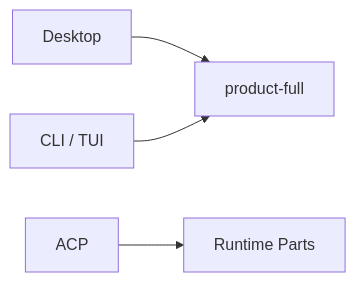
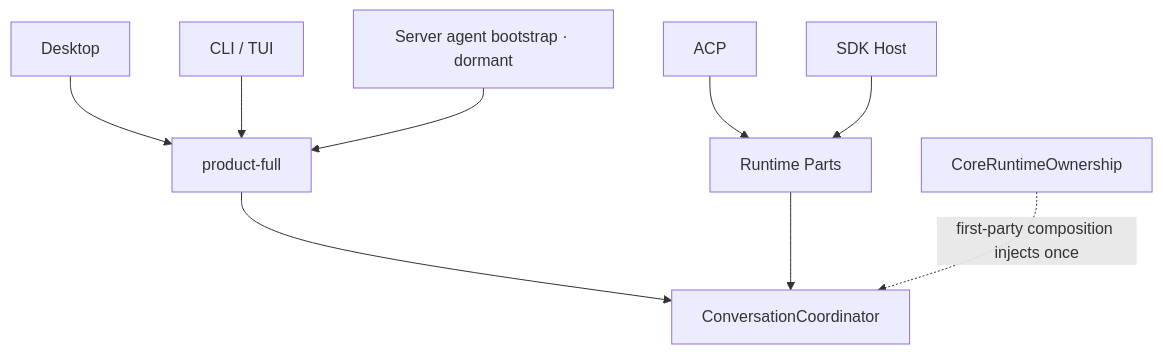
One commit to 1688mengdie/BitFun changed the sixth of 8 diagrams in docs/architecture/product-architecture.md. Above: the diagram before and after it, drawn with Mermaid. The commit also changed other lines of this file and 65 other files, not shown here.

Commit message:
refactor(runtime): unify local entrypoint ownership

````diff
--- a/docs/architecture/product-architecture.md
+++ b/docs/architecture/product-architecture.md
@@ -377,6 +377,12 @@
 ```mermaid
-flowchart LR
+flowchart TB
   Desktop["Desktop"] --> Full["product-full"]
   CLI["CLI / TUI"] --> Full
   ACP["ACP"] --> Parts["Runtime Parts"]
+  SDKHost["SDK Host"] --> Parts
+  ServerBootstrap["Server agent bootstrap · dormant"] --> Full
+
+  Full --> Coordinator["ConversationCoordinator"]
+  Parts --> Coordinator
+  Ownership["CoreRuntimeOwnership"] -. "first-party composition injects once" .-> Coordinator
 ```
````
